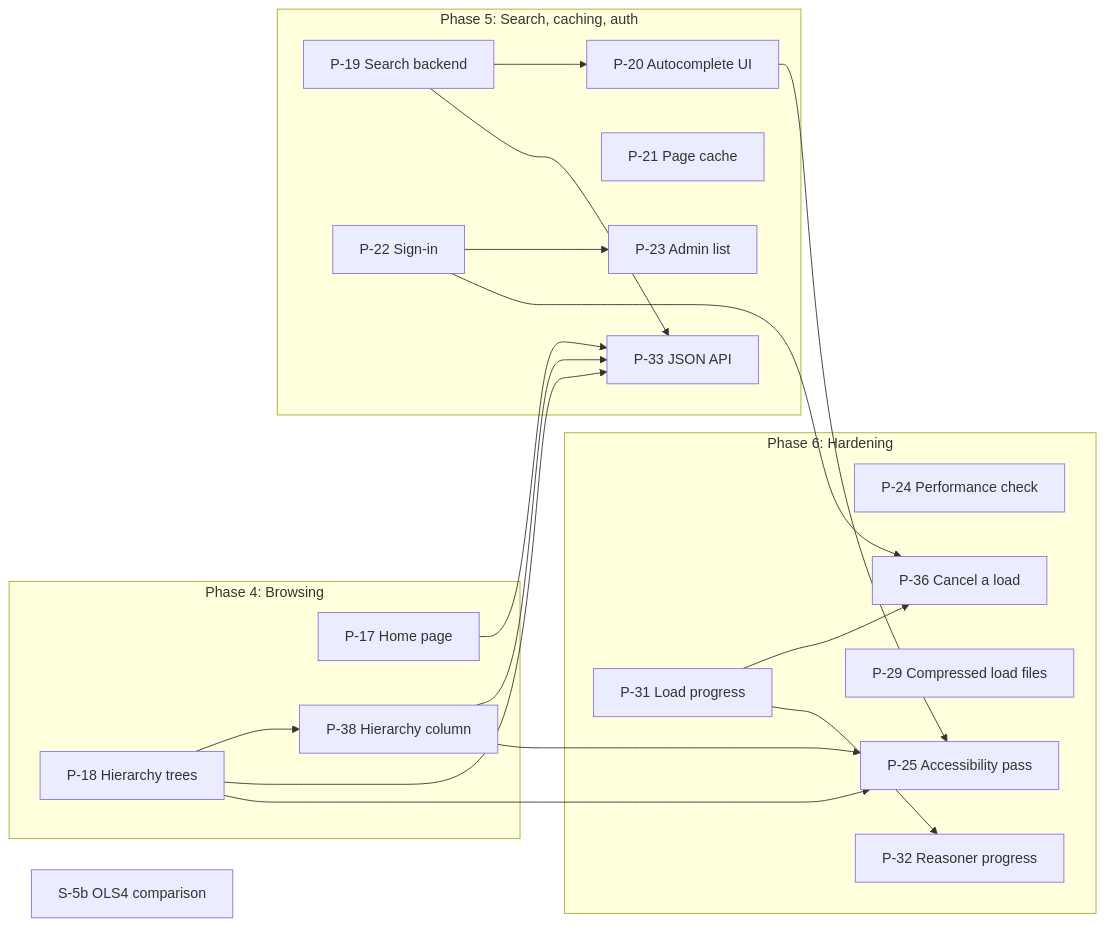
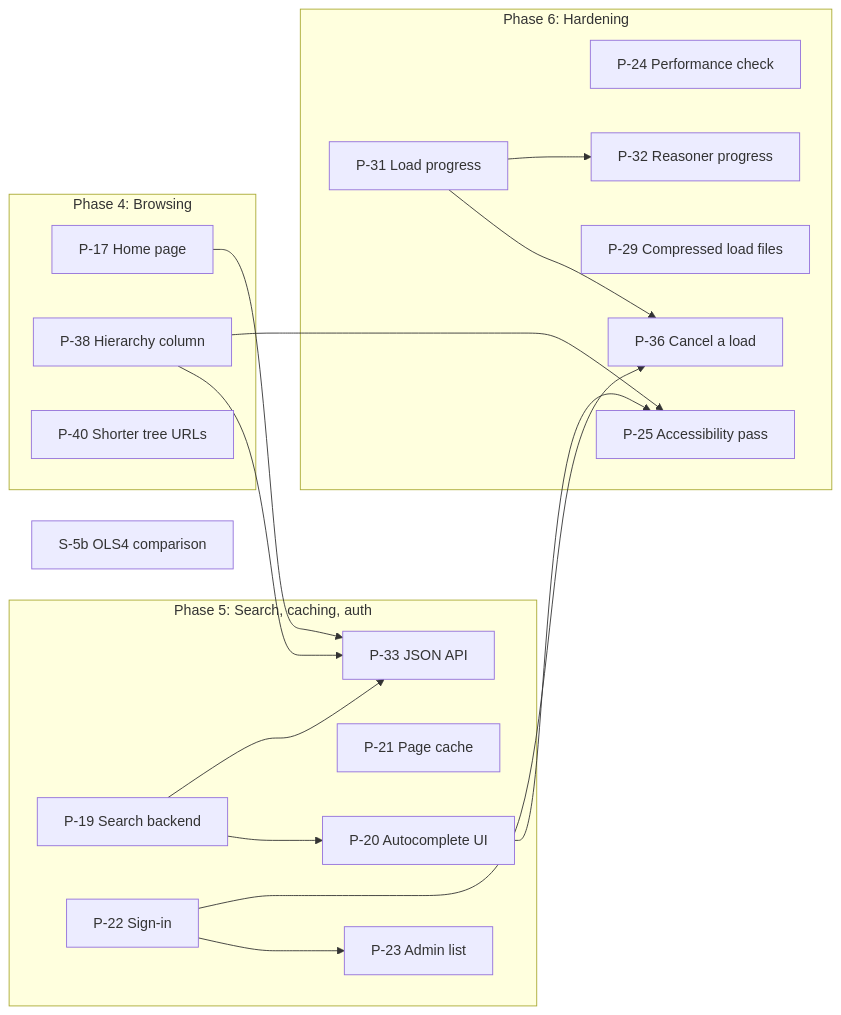
The diagram in docs/DESIGN.md (jclerman/browl), drawn with Mermaid before and after one commit. The commit also changed other lines of this file and 25 other files, not shown here.

First line of the commit message:
P-18: Hierarchy trees with lazy loading and keyboard use (#122)

````diff
--- a/docs/DESIGN.md
+++ b/docs/DESIGN.md
@@ -1612,33 +1661,32 @@
 ```mermaid
 flowchart LR
     subgraph P4["Phase 4: Browsing"]
         P17["P-17 Home page"]
-        P18["P-18 Hierarchy trees"]
         P38["P-38 Hierarchy column"]
+        P40["P-40 Shorter tree URLs"]
     end
     subgraph P5["Phase 5: Search, caching, auth"]
         P19["P-19 Search backend"]
         P20["P-20 Autocomplete UI"]
         P21["P-21 Page cache"]
         P22["P-22 Sign-in"]
         P23["P-23 Admin list"]
         P33["P-33 JSON API"]
     end
     subgraph P6["Phase 6: Hardening"]
         P24["P-24 Performance check"]
         P25["P-25 Accessibility pass"]
         P29["P-29 Compressed load files"]
         P31["P-31 Load progress"]
         P32["P-32 Reasoner progress"]
         P36["P-36 Cancel a load"]
     end
     S5b["S-5b OLS4 comparison"]
 
     P19 --> P20
-    P18 --> P38
-    P17 & P18 & P19 & P38 --> P33
-    P18 & P20 & P38 --> P25
+    P17 & P19 & P38 --> P33
+    P20 & P38 --> P25
     P22 --> P23
     P22 & P31 --> P36
     P31 --> P32
 ```
````
